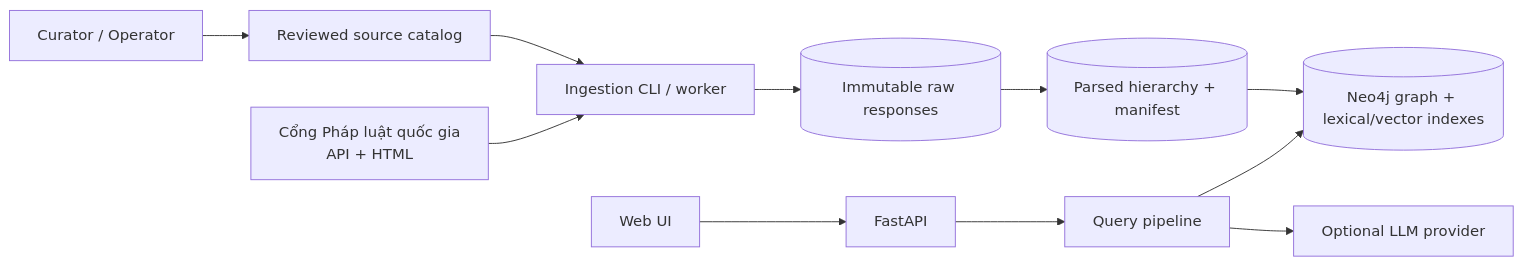
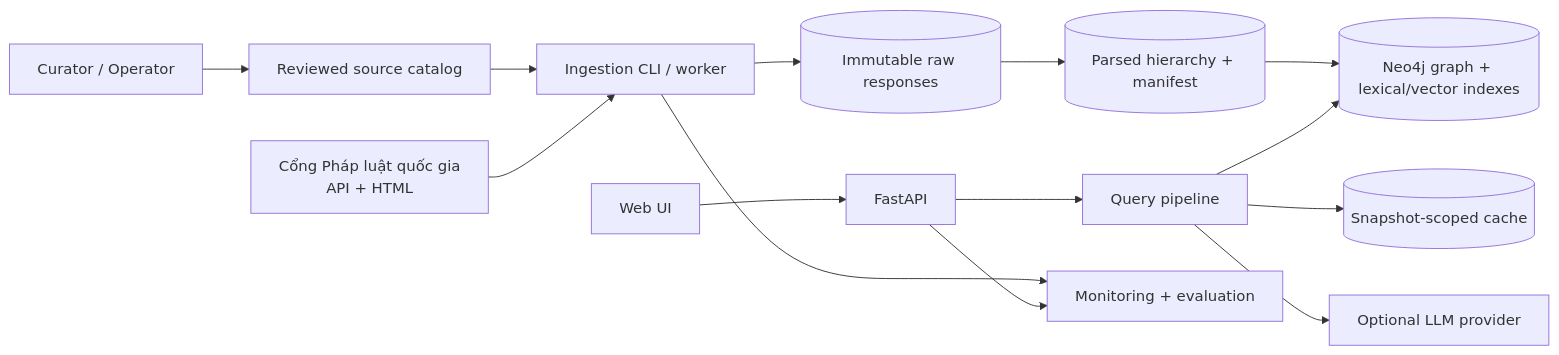
The first of 3 diagrams in docs/02-system-architecture.md (hungle123-dev/vietnamese-traffic-law-rag), drawn with Mermaid before and after one commit. The commit also changed other lines of this file and 24 other files, not shown here.

Commit message:
feat: align GraphRAG foundation contracts

````diff
--- a/docs/02-system-architecture.md
+++ b/docs/02-system-architecture.md
@@ -11,21 +19,26 @@
 ```mermaid
 flowchart LR
     Operator[Curator / Operator]
     Portal[Cổng Pháp luật quốc gia\nAPI + HTML]
     Catalog[Reviewed source catalog]
     Ingest[Ingestion CLI / worker]
     Raw[(Immutable raw responses)]
     Parsed[(Parsed hierarchy + manifest)]
     Graph[(Neo4j graph + lexical/vector indexes)]
+    Cache[(Snapshot-scoped cache)]
     API[FastAPI]
     Retrieve[Query pipeline]
     LLM[Optional LLM provider]
     UI[Web UI]
+    Observe[Monitoring + evaluation]
 
     Operator --> Catalog --> Ingest
     Portal --> Ingest
     Ingest --> Raw --> Parsed --> Graph
     UI --> API --> Retrieve
+    Retrieve --> Cache
     Retrieve --> Graph
     Retrieve --> LLM
+    Ingest --> Observe
+    API --> Observe
 ```
````
